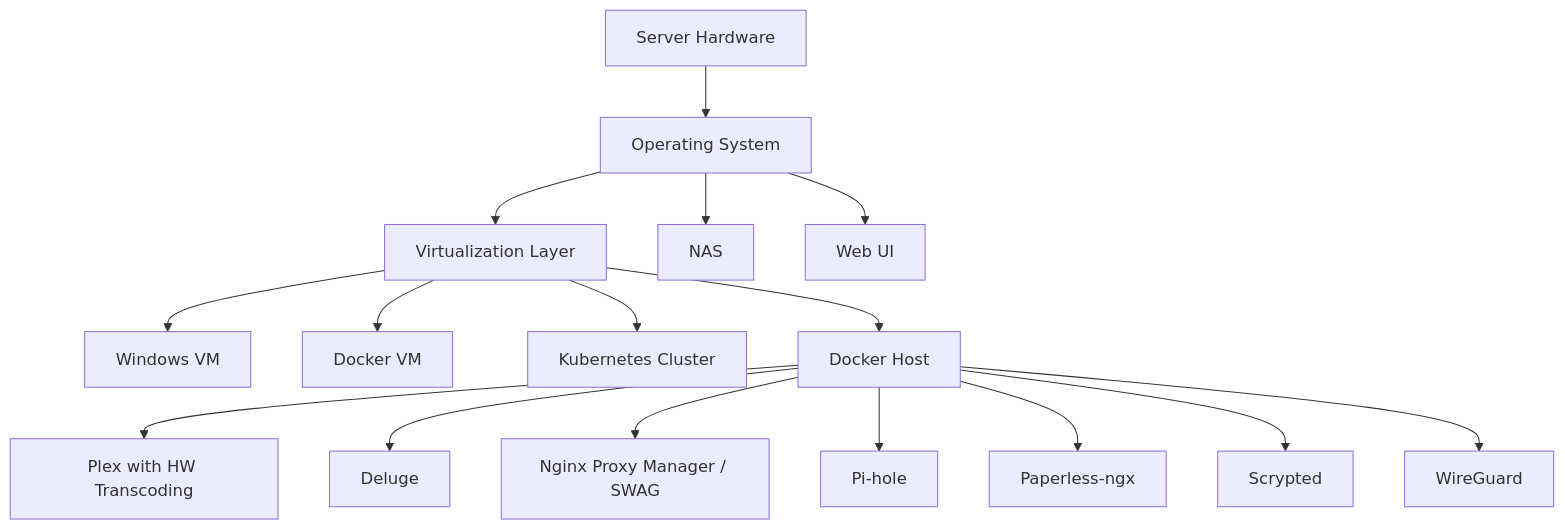
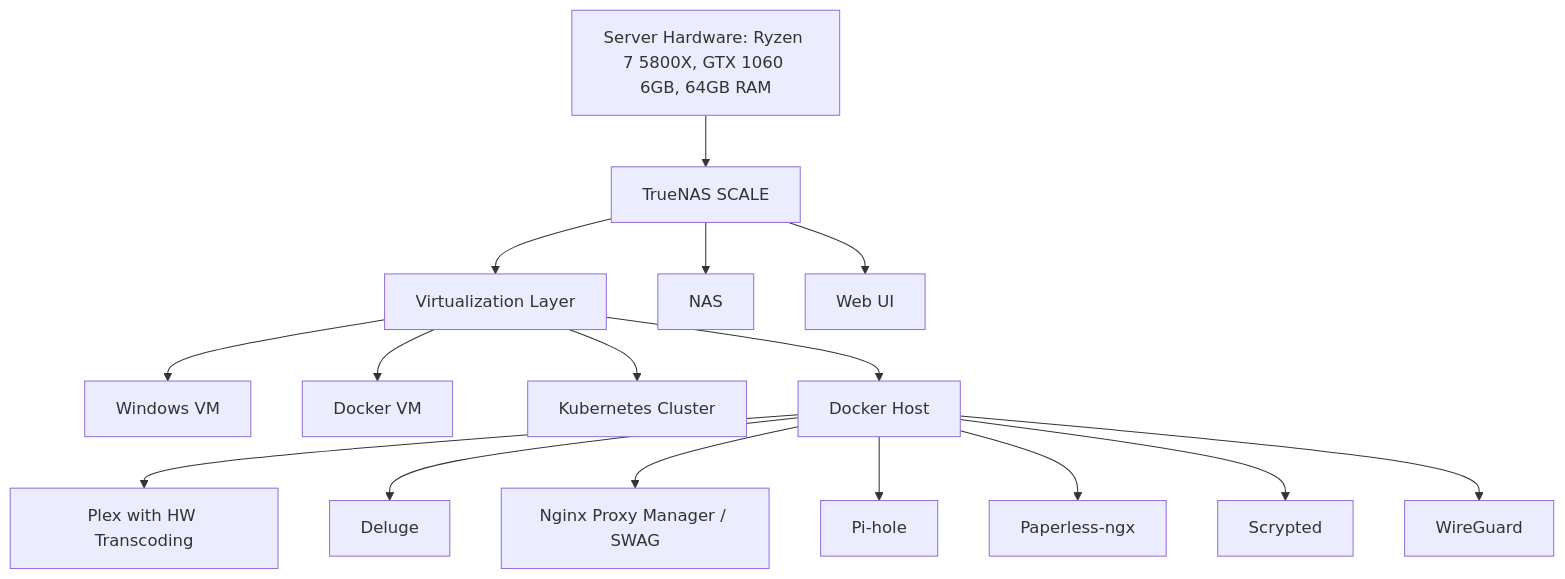
The diagram in galahad-ii.md (luca910/homelab), drawn with Mermaid before and after one commit.

````diff
--- a/galahad-ii.md
+++ b/galahad-ii.md
@@ -1,20 +1,19 @@
 ```mermaid
 graph TD
-    A[Server Hardware] --> B[Operating System]
+    A[Server Hardware: Ryzen 7 5800X, GTX 1060 6GB, 64GB RAM] --> B[TrueNAS SCALE]
     B --> C[Virtualization Layer]
     C --> D[Windows VM]
     C --> E[Docker VM]
     C --> F[Kubernetes Cluster]
     B --> G[NAS]
     B --> H[Web UI]
 
     C --> I[Docker Host]
     I --> J[Plex with HW Transcoding]
     I --> K[Deluge]
     I --> L[Nginx Proxy Manager / SWAG]
     I --> M[Pi-hole]
     I --> N[Paperless-ngx]
     I --> O[Scrypted]
     I --> P[WireGuard]
-
 ```
````
